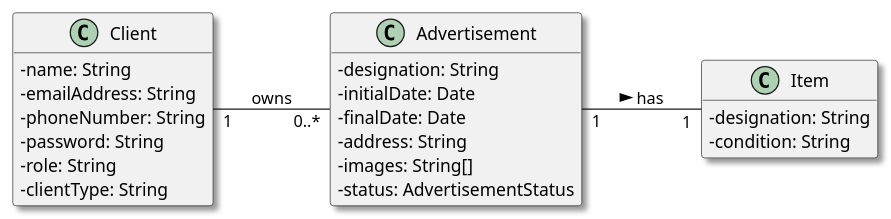
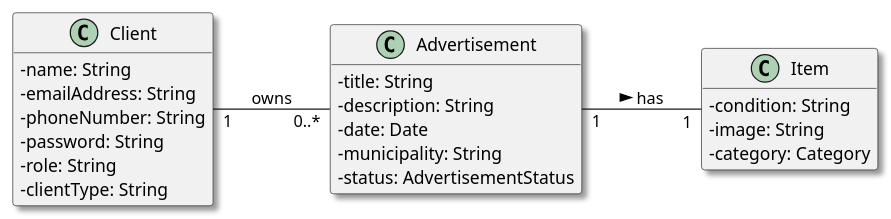
The diagram in Docs/US14/02-analysis/US14-DM.puml (vivianeaalmeida/ComeAndGet), drawn with PlantUML before and after one commit. The commit also changed 25 other files, not shown here.

```diff
--- a/Docs/US14/02-analysis/US14-DM.puml
+++ b/Docs/US14/02-analysis/US14-DM.puml
@@ -1,36 +1,38 @@
 @startuml
 skinparam monochrome false
 skinparam packageStyle rectangle
 skinparam shadowing true
 left to right direction
 skinparam classAttributeIconSize 0
 hide methods
 
 class Client {
       - name: String
       - emailAddress: String
       - phoneNumber: String
       - password: String
       - role: String
       - clientType: String
 }
 
 class Item {
-    - designation: String
     - condition: String
+    - image: String
+    - category: Category
+    + Item(...)
 }
 
 class Advertisement {
-    - designation: String
-    - initialDate: Date
-    - finalDate: Date
-    - address: String
-    - images: String[]
+    - title: String
+    - description: String
+    - date: Date
+    - municipality: String
     - status: AdvertisementStatus
+    + Advertisement(...)
 }
 
 ' --- Associações ---
 Client "1" -- "0..*" Advertisement : owns
 Advertisement "1" -- "1" Item : has >
 
 @enduml
```
